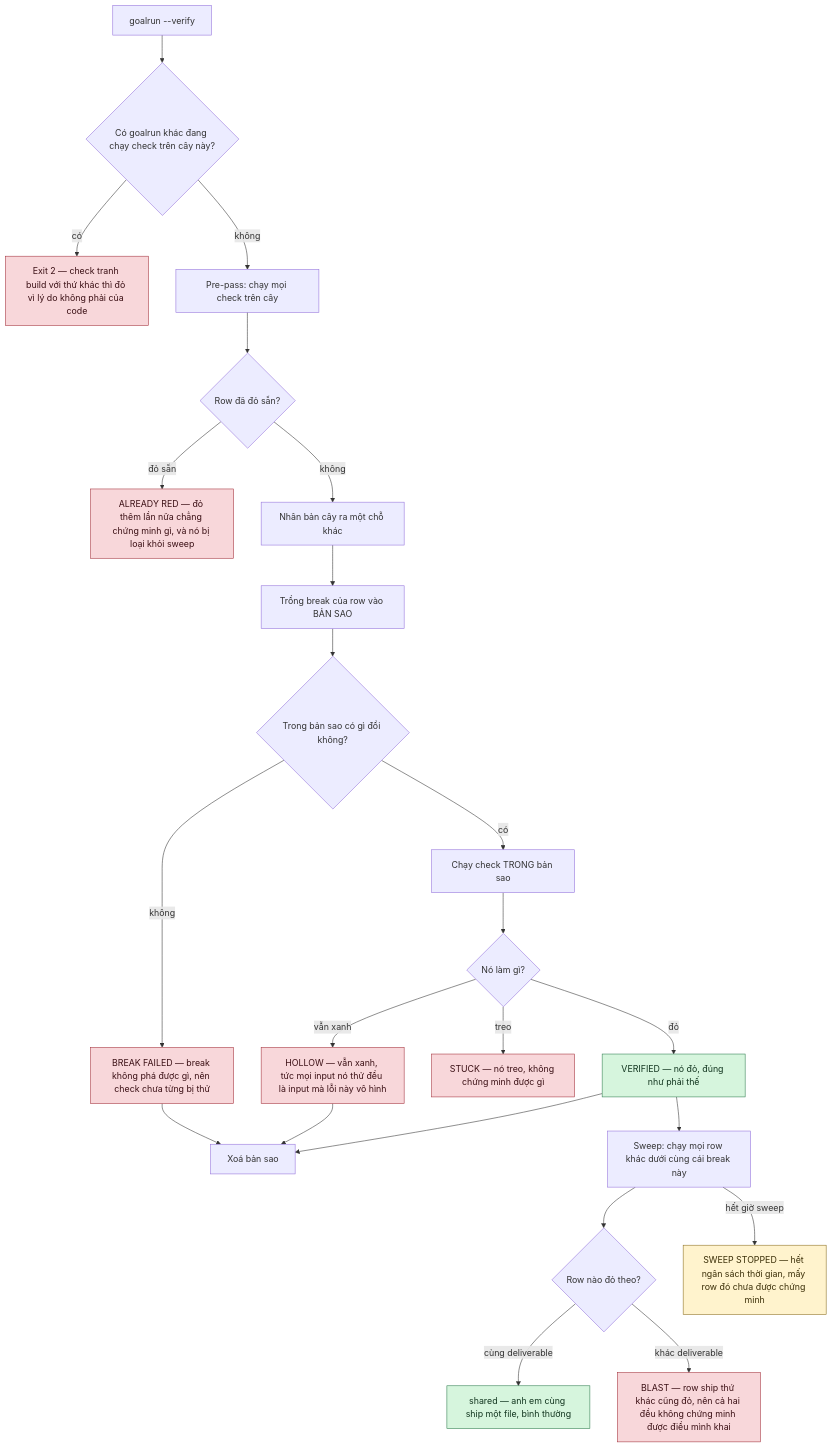
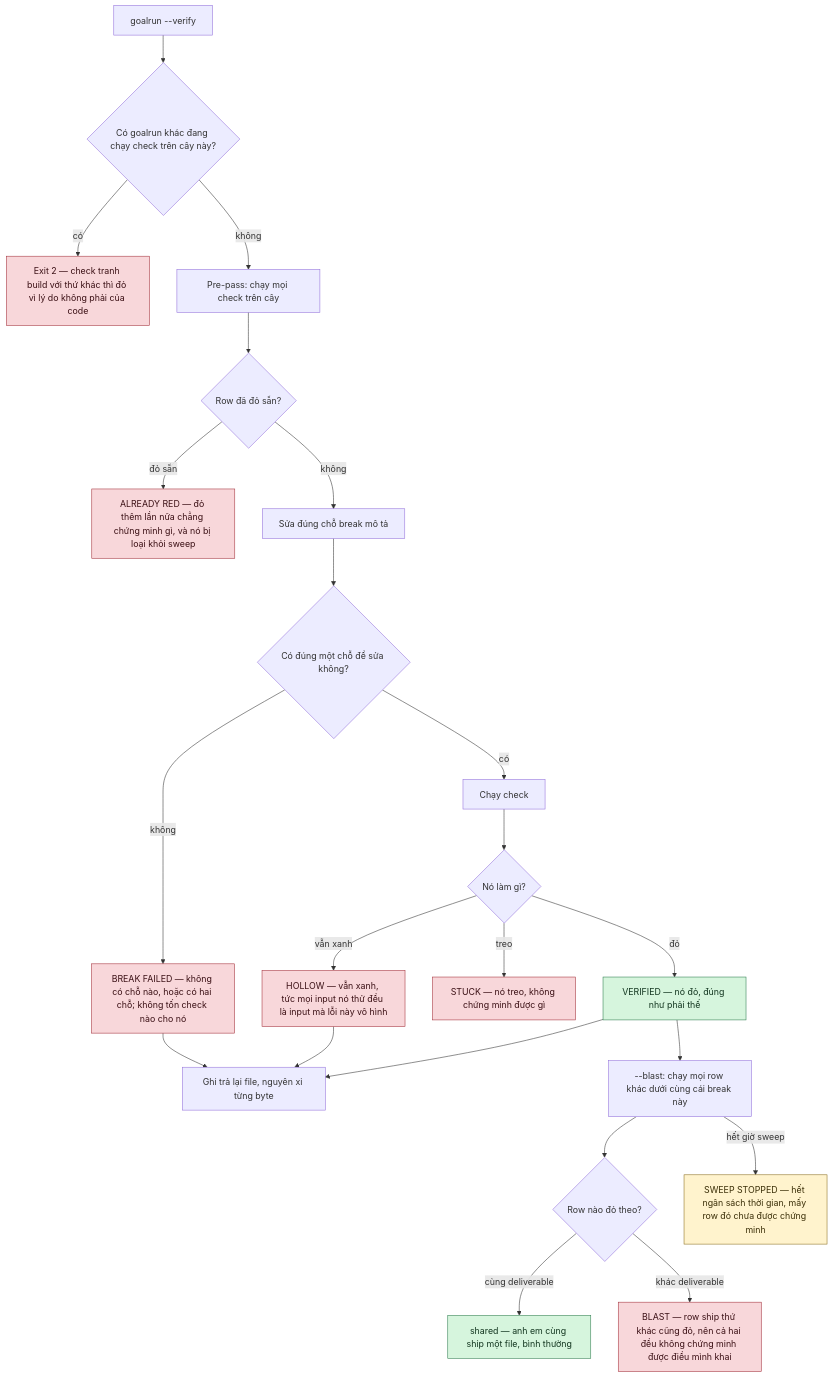
The fourth of 4 diagrams in docs/how-it-works.vi.md (xtieume/testcase), drawn with Mermaid before and after one commit. The commit also changed other lines of this file and 5 other files, not shown here.

````diff
--- a/docs/how-it-works.vi.md
+++ b/docs/how-it-works.vi.md
@@ -146,61 +148,59 @@
 ```mermaid
 flowchart TD
     V["goalrun --verify"]
     LOCK{"Có goalrun khác đang chạy check trên cây này?"}
     STOPL["Exit 2 — check tranh build với thứ khác thì đỏ vì lý do không phải của code"]
 
     PRE["Pre-pass: chạy mọi check trên cây"]
     RED{"Row đã đỏ sẵn?"}
     AR["ALREADY RED — đỏ thêm lần nữa chẳng chứng minh gì, và nó bị loại khỏi sweep"]
 
-    CLONE["Nhân bản cây ra một chỗ khác"]
-    PLANT["Trồng break của row vào BẢN SAO"]
-    MOVED{"Trong bản sao có gì đổi không?"}
-    BF["BREAK FAILED — break không phá được gì, nên check chưa từng bị thử"]
+    PLANT["Sửa đúng chỗ break mô tả"]
+    MOVED{"Có đúng một chỗ để sửa không?"}
+    BF["BREAK FAILED — không có chỗ nào, hoặc có hai chỗ; không tốn check nào cho nó"]
 
-    CHECK["Chạy check TRONG bản sao"]
+    CHECK["Chạy check"]
     RESULT{"Nó làm gì?"}
     HOLLOW["HOLLOW — vẫn xanh, tức mọi input nó thử đều là input mà lỗi này vô hình"]
     STUCK["STUCK — nó treo, không chứng minh được gì"]
     VERIFIED["VERIFIED — nó đỏ, đúng như phải thế"]
-    DROP["Xoá bản sao"]
+    DROP["Ghi trả lại file, nguyên xi từng byte"]
 
-    SWEEP["Sweep: chạy mọi row khác dưới cùng cái break này"]
+    SWEEP["--blast: chạy mọi row khác dưới cùng cái break này"]
     SIB{"Row nào đỏ theo?"}
     SHARED["shared — anh em cùng ship một file, bình thường"]
     BLAST["BLAST — row ship thứ khác cũng đỏ, nên cả hai đều không chứng minh được điều mình khai"]
     BUDGET["SWEEP STOPPED — hết ngân sách thời gian, mấy row đó chưa được chứng minh"]
 
     V --> LOCK
     LOCK -->|"có"| STOPL
     LOCK -->|"không"| PRE
     PRE --> RED
     RED -->|"đỏ sẵn"| AR
-    RED -->|"không"| CLONE
-    CLONE --> PLANT
+    RED -->|"không"| PLANT
     PLANT --> MOVED
     MOVED -->|"không"| BF
     MOVED -->|"có"| CHECK
     CHECK --> RESULT
     RESULT -->|"vẫn xanh"| HOLLOW
     RESULT -->|"treo"| STUCK
     RESULT -->|"đỏ"| VERIFIED
     VERIFIED --> SWEEP
     SWEEP --> SIB
     SIB -->|"cùng deliverable"| SHARED
     SIB -->|"khác deliverable"| BLAST
     SWEEP -->|"hết giờ sweep"| BUDGET
     VERIFIED --> DROP
     HOLLOW --> DROP
     BF --> DROP
 
     style VERIFIED fill:#d6f5dd,stroke:#2f7d4f,color:#12351f
     style SHARED fill:#d6f5dd,stroke:#2f7d4f,color:#12351f
     style HOLLOW fill:#f8d7da,stroke:#a3303b,color:#3b1015
     style STUCK fill:#f8d7da,stroke:#a3303b,color:#3b1015
     style BLAST fill:#f8d7da,stroke:#a3303b,color:#3b1015
     style BF fill:#f8d7da,stroke:#a3303b,color:#3b1015
     style AR fill:#f8d7da,stroke:#a3303b,color:#3b1015
     style STOPL fill:#f8d7da,stroke:#a3303b,color:#3b1015
     style BUDGET fill:#fff3cd,stroke:#8a6d1f,color:#3b2f08
 ```
````
